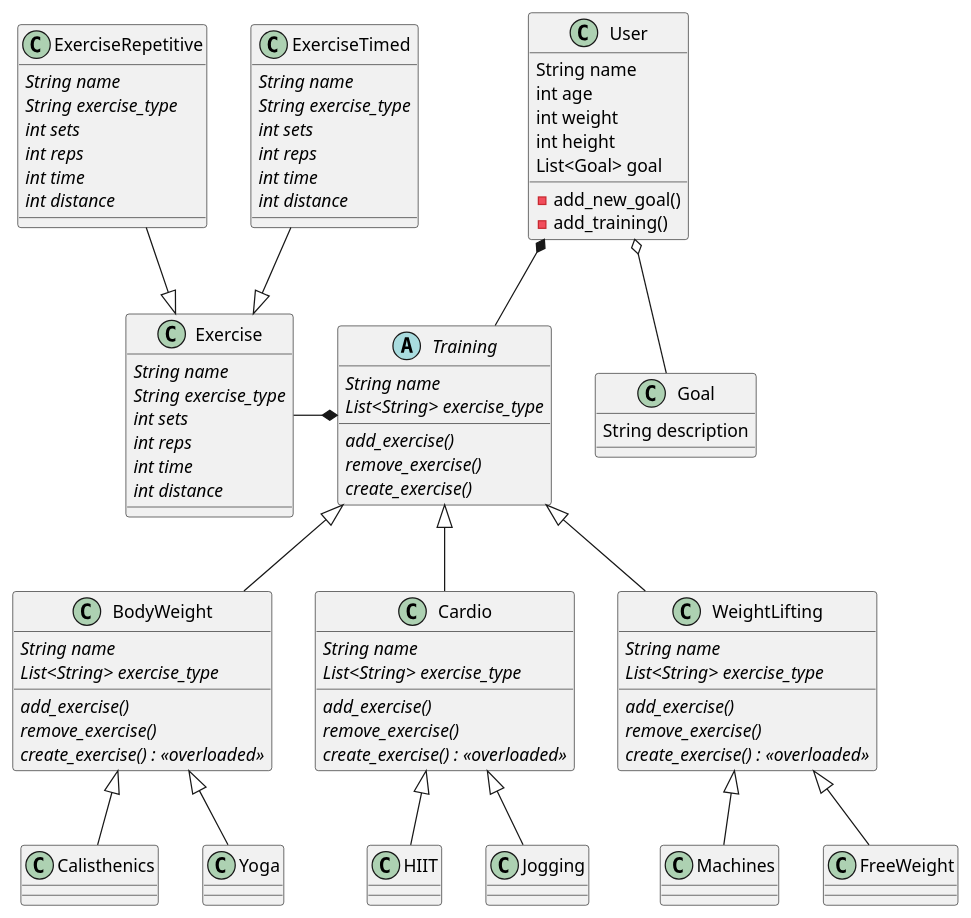
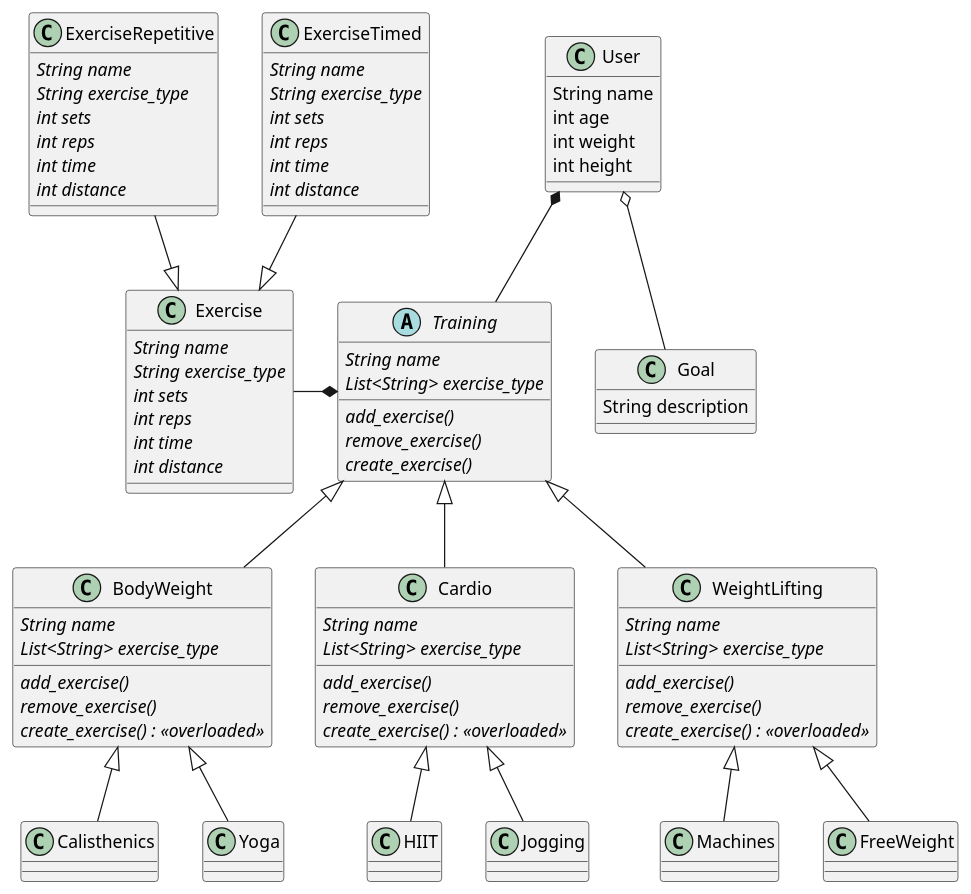
Before and after one commit to Hanna-J-K/fitnessapp: the diagram in UML/diagram/diagram.plantuml, drawn with PlantUML. The commit also changed 1 other file, not shown here.

Commit message:
version 0.8 done, pushing with revised uml and pi method

```diff
--- a/UML/diagram/diagram.plantuml
+++ b/UML/diagram/diagram.plantuml
@@ -1,122 +1,119 @@
 @startuml FitnessUml
 
 class User {
     String name
     int age
     int weight
     int height
-    List<Goal> goal
-    -add_new_goal()
-    -add_training()
 }
 
 class Goal {
     String description
 }
 
 
 class Exercise {
     {abstract} String name
     {abstract} String exercise_type
     {abstract} int sets
     {abstract} int reps
     {abstract} int time
     {abstract} int distance
 }
 
 class ExerciseRepetitive {
     {abstract} String name
     {abstract} String exercise_type
     {abstract} int sets
     {abstract} int reps
     {abstract} int time
     {abstract} int distance
 }
 
 class ExerciseTimed {
     {abstract} String name
     {abstract} String exercise_type
     {abstract} int sets
     {abstract} int reps
     {abstract} int time
     {abstract} int distance
 }
 
 
 abstract class Training {
     {abstract} String name
     {abstract} List<String> exercise_type
     {abstract} add_exercise()
     {abstract} remove_exercise()
     {abstract} create_exercise()
 }
 
 class BodyWeight {
     {abstract} String name
     {abstract} List<String> exercise_type
     {abstract} add_exercise()
     {abstract} remove_exercise()
     {abstract} create_exercise() : <<overloaded>>
 }
 
 class Cardio {
     {abstract} String name
     {abstract} List<String> exercise_type
     {abstract} add_exercise()
     {abstract} remove_exercise()
     {abstract} create_exercise() : <<overloaded>>
 
 }
 
 class WeightLifting {
     {abstract} String name
     {abstract} List<String> exercise_type
     {abstract} add_exercise()
     {abstract} remove_exercise()
     {abstract} create_exercise() : <<overloaded>>
 }
 
 class Calisthenics {
     
 }
 
 class Yoga {
     
 }
 
 class HIIT {
     
 }
 
 class Jogging {
     
 }
 
 class Machines {
     
 }
 
 class FreeWeight {
     
 }
 
 User o-- Goal
 User *-- Training
 
 ExerciseTimed --|> Exercise
 ExerciseRepetitive --|> Exercise
 
 Exercise -* Training
 
 Training <|-- BodyWeight
 Training <|-- Cardio
 Training <|-- WeightLifting
 
 BodyWeight <|-- Calisthenics
 BodyWeight <|-- Yoga
 Cardio <|-- HIIT
 Cardio <|-- Jogging
 WeightLifting <|-- FreeWeight
 WeightLifting <|-- Machines
 
 @enduml
```
